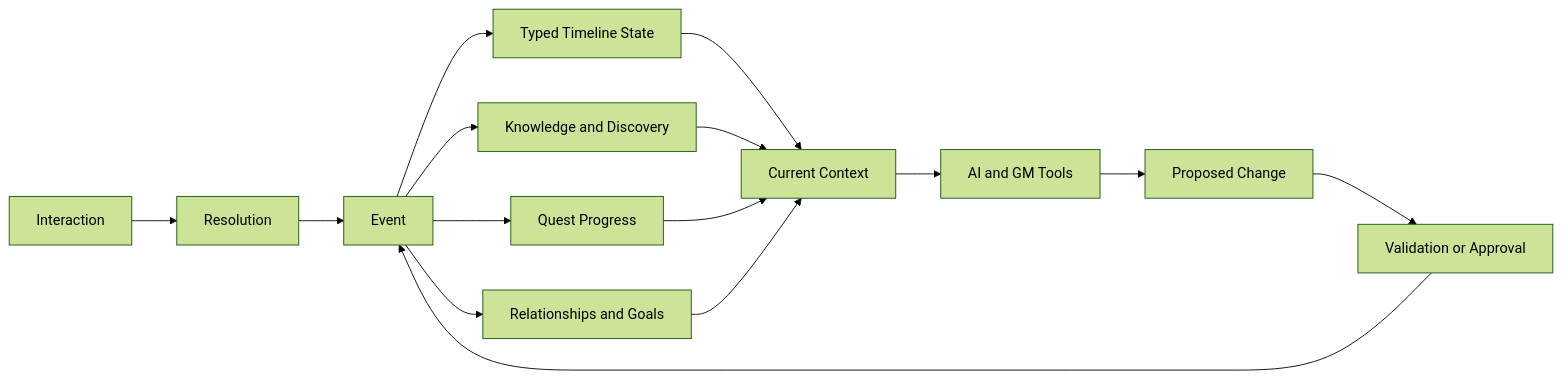
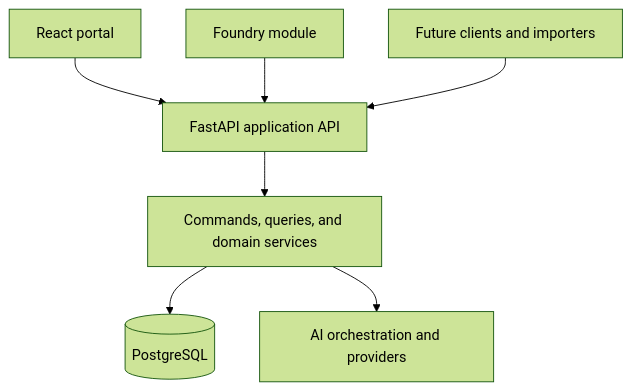
One commit to NemesisGhost/dnd_ai changed the second of 2 diagrams in README.md. Above: the diagram before and after it, drawn with Mermaid (forest theme). The commit also changed other lines of this file, not shown here.

````diff
--- a/README.md
+++ b/README.md
@@ -534,17 +216,17 @@
 ```mermaid
-flowchart LR
-    I[Interaction] --> R[Resolution]
-    R --> E[Event]
-    E --> S[Typed Timeline State]
-    E --> K[Knowledge and Discovery]
-    E --> Q[Quest Progress]
-    E --> REL[Relationships and Goals]
-    S --> CTX[Current Context]
-    K --> CTX
-    Q --> CTX
-    REL --> CTX
-    CTX --> AI[AI and GM Tools]
-    AI --> P[Proposed Change]
-    P --> V[Validation or Approval]
-    V --> E
+flowchart TB
+    P[React portal]
+    F[Foundry module]
+    X[Future clients and importers]
+    API[FastAPI application API]
+    S[Commands, queries, and domain services]
+    DB[(PostgreSQL)]
+    AI[AI orchestration and providers]
+
+    P --> API
+    F --> API
+    X --> API
+    API --> S
+    S --> DB
+    S --> AI
 ```
````
